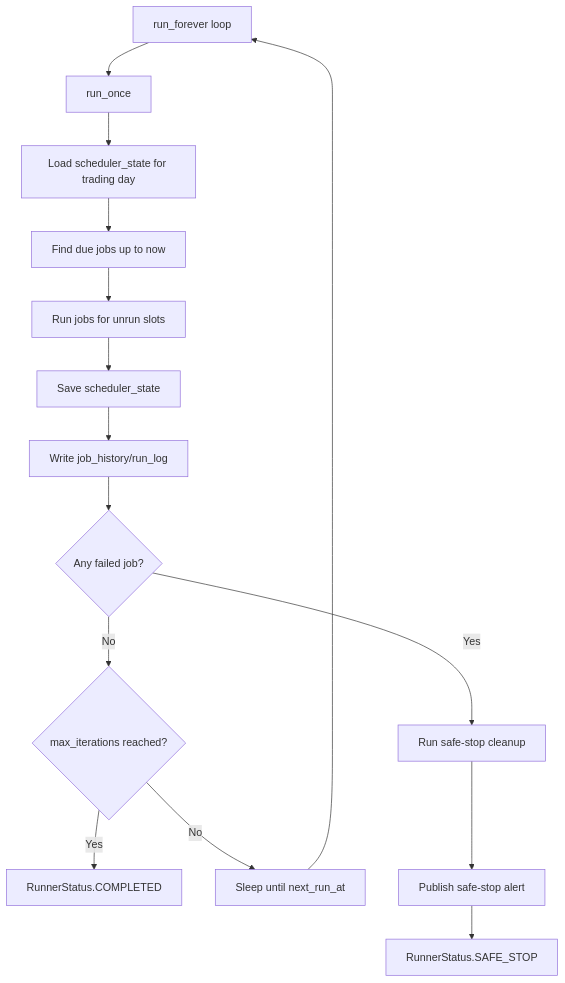
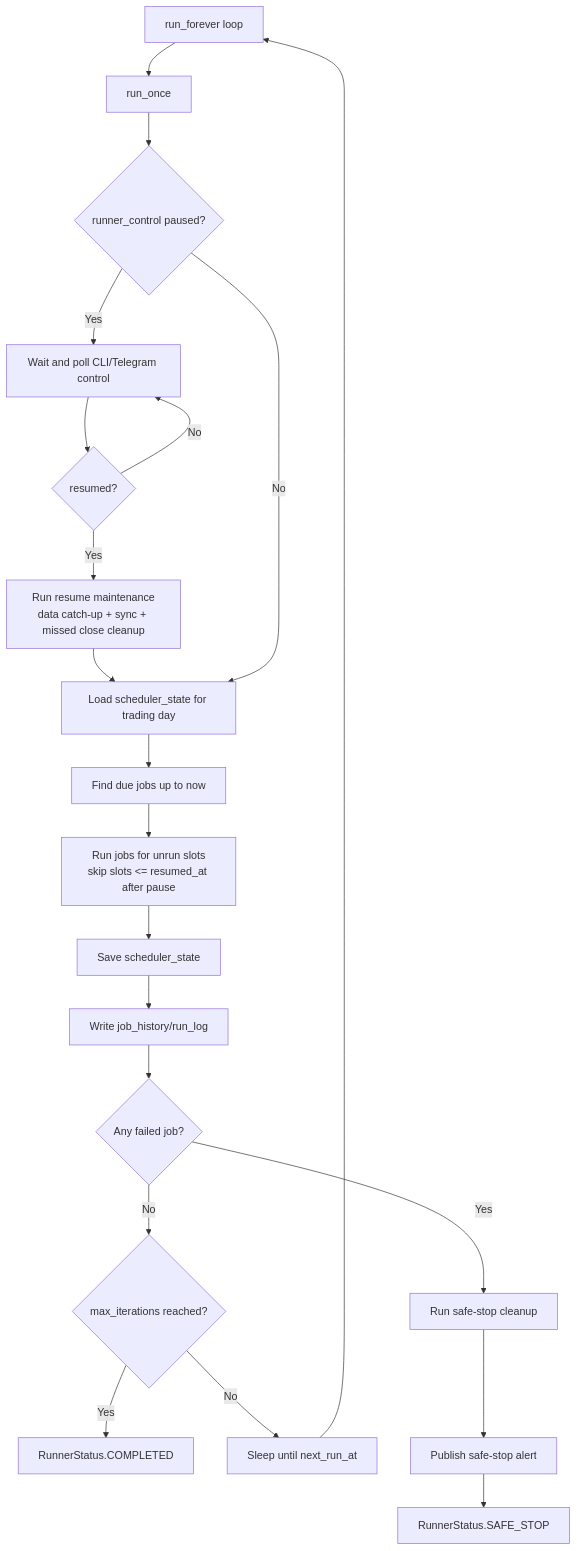
Before and after one commit to MQ813/AutoTrade: the second of 8 diagrams in docs/cli_run_continuous_flow.md, drawn with Mermaid. The commit also changed other lines of this file and 24 other files, not shown here.

````diff
--- a/docs/cli_run_continuous_flow.md
+++ b/docs/cli_run_continuous_flow.md
@@ -32,16 +32,22 @@
 ```mermaid
 flowchart TD
     A[run_forever loop] --> B[run_once]
-    B --> C[Load scheduler_state for trading day]
+    B --> B1{runner_control paused?}
+    B1 -->|Yes| B2[Wait and poll CLI/Telegram control]
+    B2 --> B3{resumed?}
+    B3 -->|No| B2
+    B3 -->|Yes| B4[Run resume maintenance<br/>data catch-up + sync + missed close cleanup]
+    B4 --> C
+    B1 -->|No| C[Load scheduler_state for trading day]
     C --> D[Find due jobs up to now]
-    D --> E[Run jobs for unrun slots]
+    D --> E[Run jobs for unrun slots<br/>skip slots <= resumed_at after pause]
     E --> F[Save scheduler_state]
     F --> G[Write job_history/run_log]
     G --> H{Any failed job?}
     H -->|No| I{max_iterations reached?}
     I -->|Yes| J[RunnerStatus.COMPLETED]
     I -->|No| K[Sleep until next_run_at] --> A
     H -->|Yes| L[Run safe-stop cleanup]
     L --> M[Publish safe-stop alert]
     M --> N[RunnerStatus.SAFE_STOP]
 ```
````
